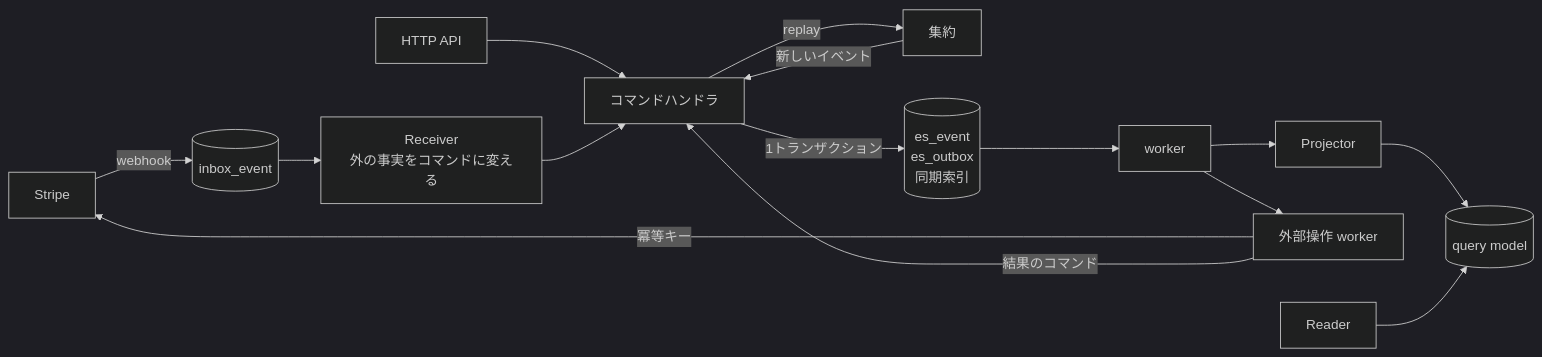
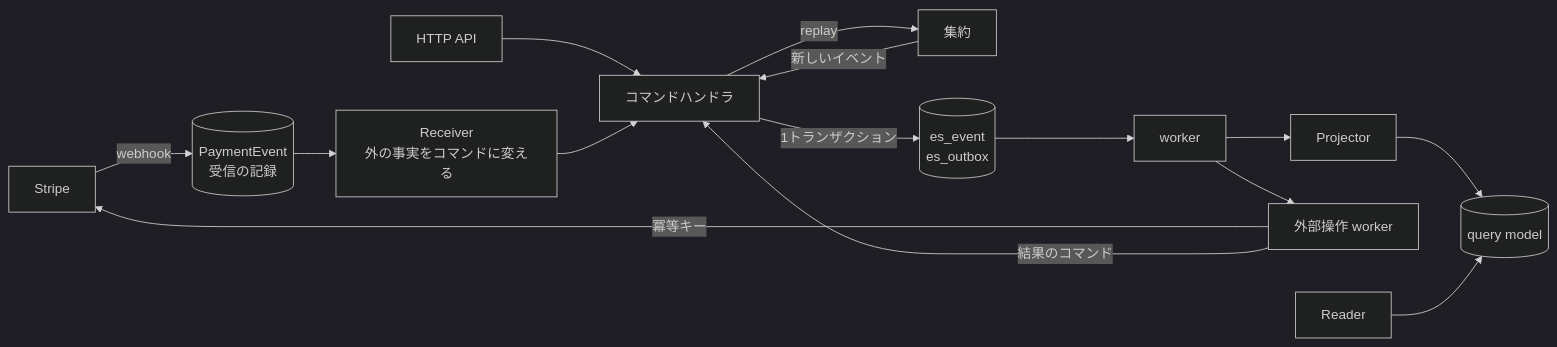
The diagram in docs/roadmap_event_sourcing.md (ANFINII/MyUs), drawn with Mermaid (dark theme) before and after one commit. The commit also changed other lines of this file and 8 other files, not shown here.

````diff
--- a/docs/roadmap_event_sourcing.md
+++ b/docs/roadmap_event_sourcing.md
@@ -39,15 +28,15 @@
 ```mermaid
 flowchart LR
-    Stripe[Stripe] -->|webhook| Inbox[(inbox_event)]
+    Stripe[Stripe] -->|webhook| Inbox[(PaymentEvent<br/>受信の記録)]
     Inbox --> Receiver[Receiver<br/>外の事実をコマンドに変える]
     API[HTTP API] --> Handler[コマンドハンドラ]
     Receiver --> Handler
     Handler -->|replay| Agg[集約]
     Agg -->|新しいイベント| Handler
-    Handler -->|1トランザクション| Store[(es_event<br/>es_outbox<br/>同期索引)]
+    Handler -->|1トランザクション| Store[(es_event<br/>es_outbox)]
     Store --> Worker[worker]
     Worker --> Projector[Projector] --> QM[(query model)]
     Worker --> Ext[外部操作 worker] -->|冪等キー| Stripe
     Ext -->|結果のコマンド| Handler
     Reader[Reader] --> QM
 ```
````
